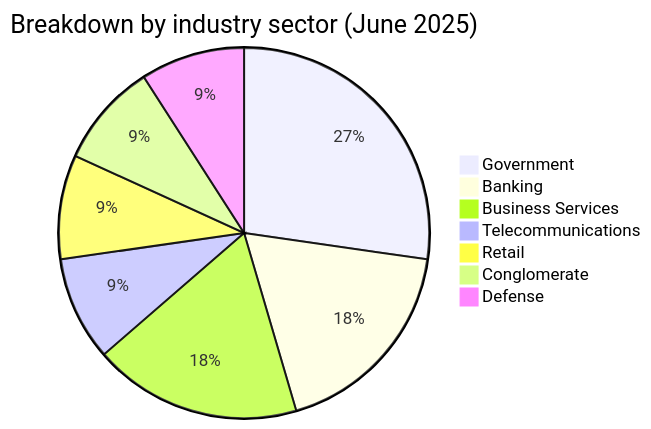
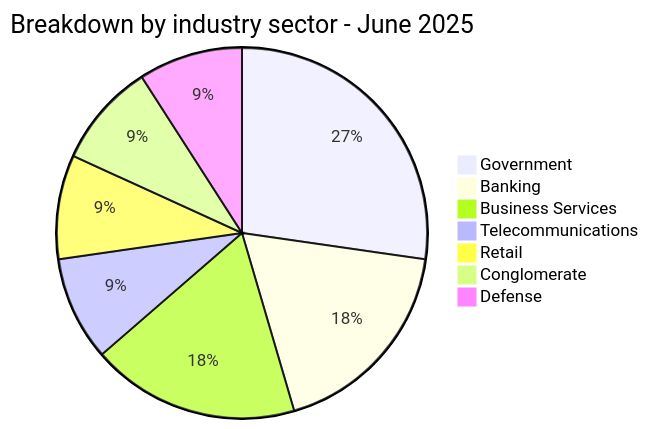
The second of 5 diagrams in reports/2025/06-june/README.md (Hatchepsoute/AFRINTEL), drawn with Mermaid before and after one commit. The commit also changed other lines of this file and 1 other file, not shown here.

````diff
--- a/reports/2025/06-june/README.md
+++ b/reports/2025/06-june/README.md
@@ -60,10 +60,10 @@
 ```mermaid
-pie title Breakdown by industry sector (June 2025)
+pie title Breakdown by industry sector - June 2025
     "Government" : 3
     "Banking" : 2
     "Business Services" : 2
     "Telecommunications" : 1
     "Retail" : 1
     "Conglomerate" : 1
     "Defense" : 1
 ```
````
